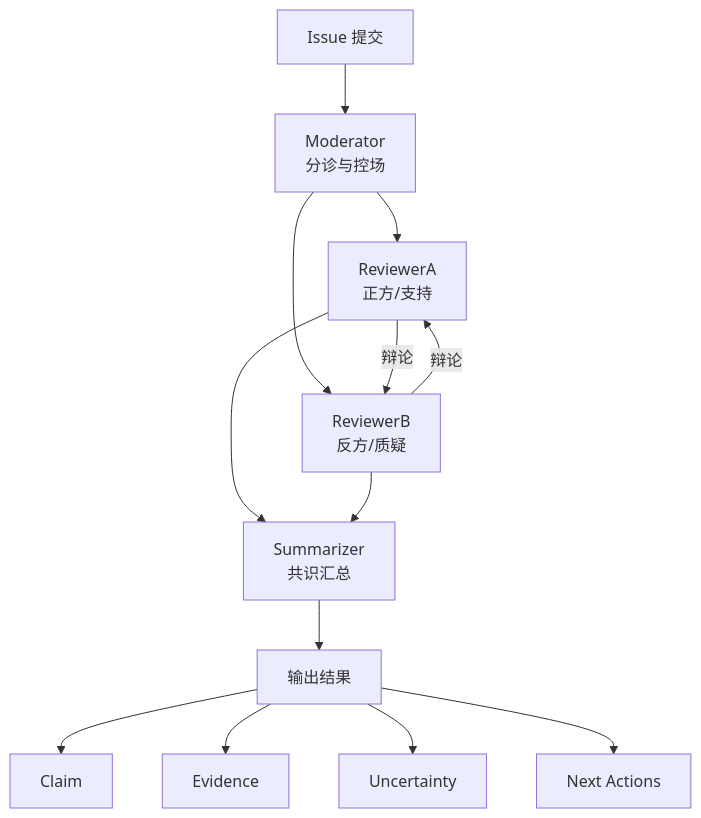
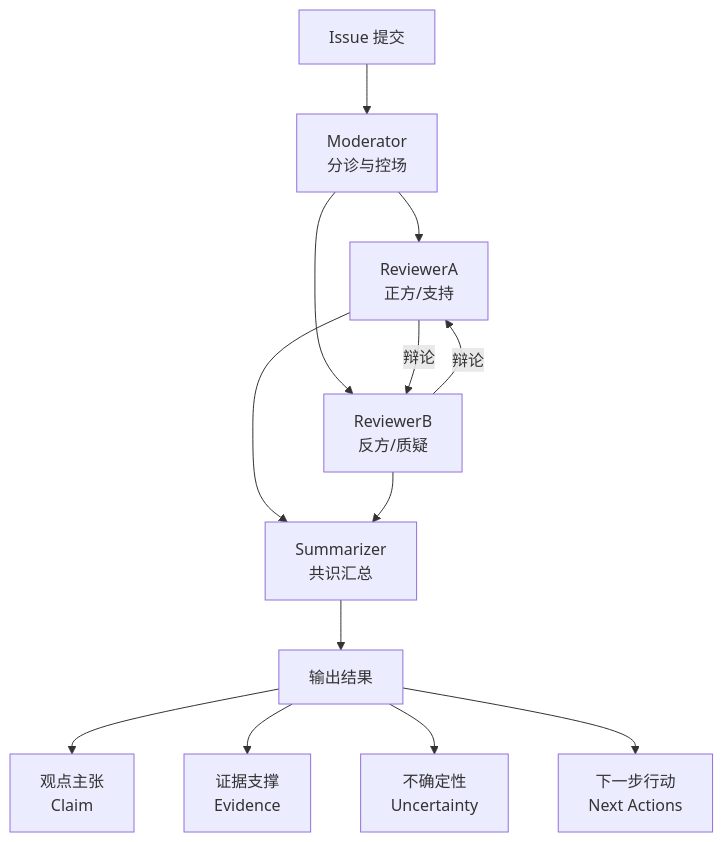
The seventh of 14 diagrams in docs/COLLABORATION_FLOW.md (Thu-ray/IssueLab), drawn with Mermaid before and after one commit. The commit also changed other lines of this file and 1 other file, not shown here.

````diff
--- a/docs/COLLABORATION_FLOW.md
+++ b/docs/COLLABORATION_FLOW.md
@@ -272,20 +283,20 @@
 ```mermaid
 flowchart TB
     I[Issue 提交] --> M[Moderator<br/>分诊与控场]
 
     M --> R1[ReviewerA<br/>正方/支持]
     M --> R2[ReviewerB<br/>反方/质疑]
 
     R1 -->|辩论| R2
     R2 -->|辩论| R1
 
     R1 --> S[Summarizer<br/>共识汇总]
     R2 --> S
 
     S --> O[输出结果]
 
-    O --> O1[Claim]
-    O --> O2[Evidence]
-    O --> O3[Uncertainty]
-    O --> O4[Next Actions]
+    O --> O1[观点主张<br/>Claim]
+    O --> O2[证据支撑<br/>Evidence]
+    O --> O3[不确定性<br/>Uncertainty]
+    O --> O4[下一步行动<br/>Next Actions]
 ```
````
